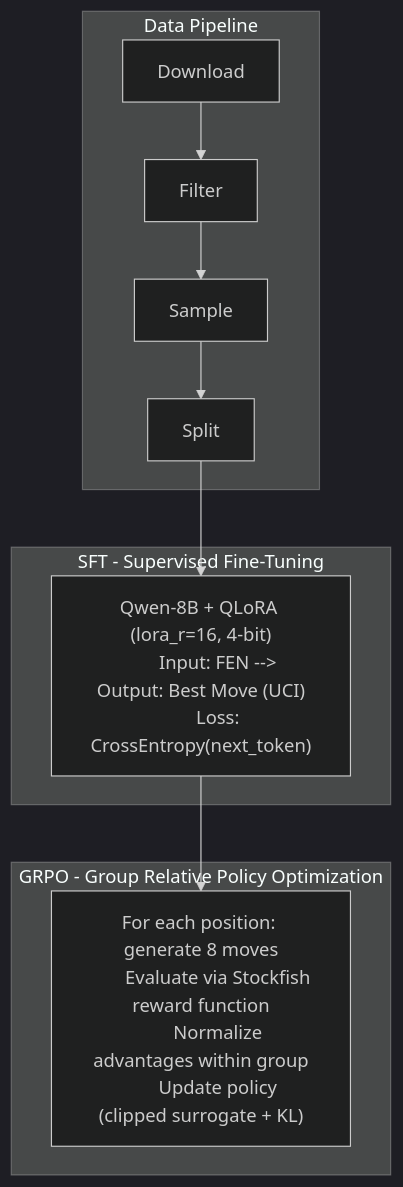
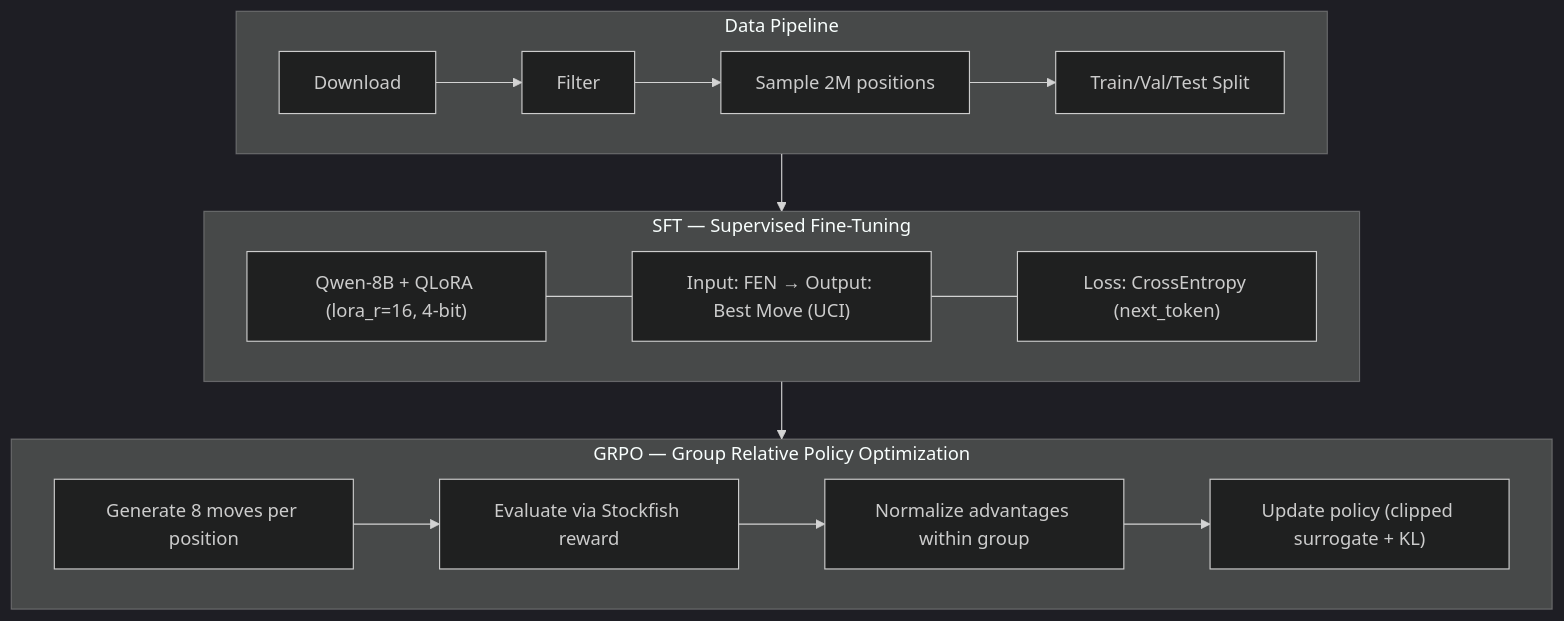
One commit to pmlg/learning-to-replicate-expert-judgement changed the second of 2 diagrams in README.md. Above: the diagram before and after it, drawn with Mermaid (dark theme). The commit also changed other lines of this file and 1 other file, not shown here.

Commit message:
docs: replace ASCII training pipeline with Mermaid PNG (#3)

````diff
--- a/README.md
+++ b/README.md
@@ -49,18 +54,23 @@
 ```mermaid
 flowchart TD
-    subgraph DataPipeline["Data Pipeline"]
-        A[Download] --> B[Filter] --> C[Sample] --> D[Split]
+    subgraph Data["Data Pipeline"]
+        D1[Download] --> D2[Filter] --> D3["Sample 2M positions"] --> D4["Train/Val/Test Split"]
     end
-    subgraph SFT["SFT - Supervised Fine-Tuning"]
-        E["Qwen-8B + QLoRA (lora_r=16, 4-bit)
-        Input: FEN --> Output: Best Move (UCI)
-        Loss: CrossEntropy(next_token)"]
+
+    subgraph SFT["SFT — Supervised Fine-Tuning"]
+        S1["Qwen-8B + QLoRA (lora_r=16, 4-bit)"]
+        S2["Input: FEN → Output: Best Move (UCI)"]
+        S3["Loss: CrossEntropy (next_token)"]
+        S1 --- S2 --- S3
     end
-    subgraph GRPO["GRPO - Group Relative Policy Optimization"]
-        F["For each position: generate 8 moves
-        Evaluate via Stockfish reward function
-        Normalize advantages within group
-        Update policy (clipped surrogate + KL)"]
+
+    subgraph GRPO["GRPO — Group Relative Policy Optimization"]
+        G1["Generate 8 moves per position"]
+        G2["Evaluate via Stockfish reward"]
+        G3["Normalize advantages within group"]
+        G4["Update policy (clipped surrogate + KL)"]
+        G1 --> G2 --> G3 --> G4
     end
-    D --> E --> F
+
+    Data --> SFT --> GRPO
 ```
````
